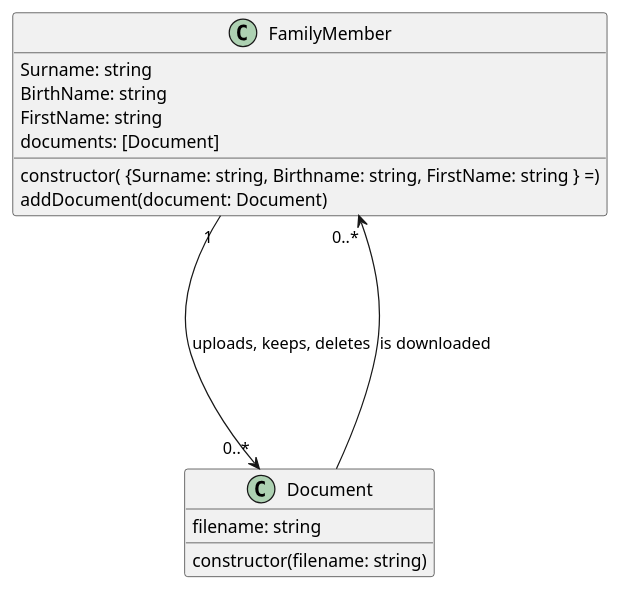
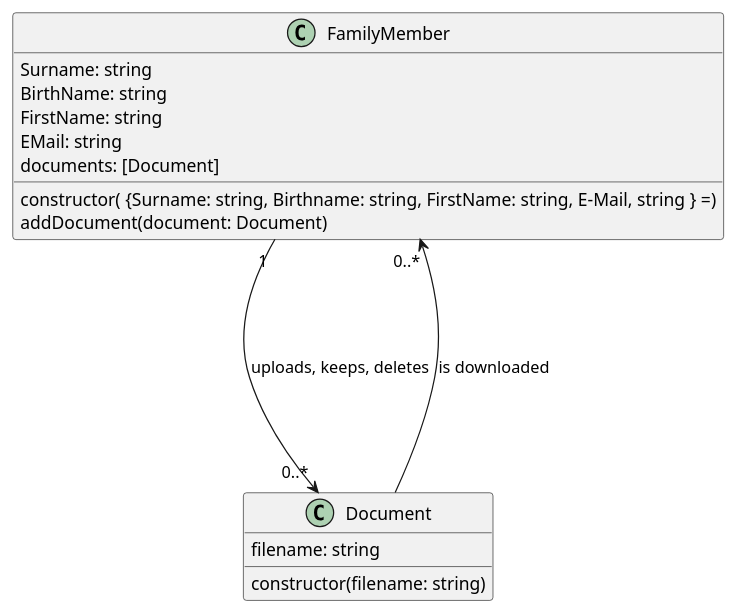
The diagram in architecture/class.puml (barnalismollich/coyotiv-barnali-smollich), drawn with PlantUML before and after one commit. The commit also changed 7 other files, not shown here.

```diff
--- a/architecture/class.puml
+++ b/architecture/class.puml
@@ -1,24 +1,25 @@
 @startuml FamilyDiary class diagram
 
 skinparam Shadowing false
 skinparam PackageStyle rectangle
 
 class FamilyMember {
     Surname: string
     BirthName: string
     FirstName: string
+    EMail: string
     documents: [Document]
 
-    constructor( {Surname: string, Birthname: string, FirstName: string } =)
+    constructor( {Surname: string, Birthname: string, FirstName: string, E-Mail, string } =)
       addDocument(document: Document)
 }
 
 class Document {
 filename: string
 constructor(filename: string)
 }
 
 FamilyMember "1" ---->"0..*" Document: uploads, keeps, deletes
 Document ----> "0..* " FamilyMember: is downloaded
 
 @enduml
```
